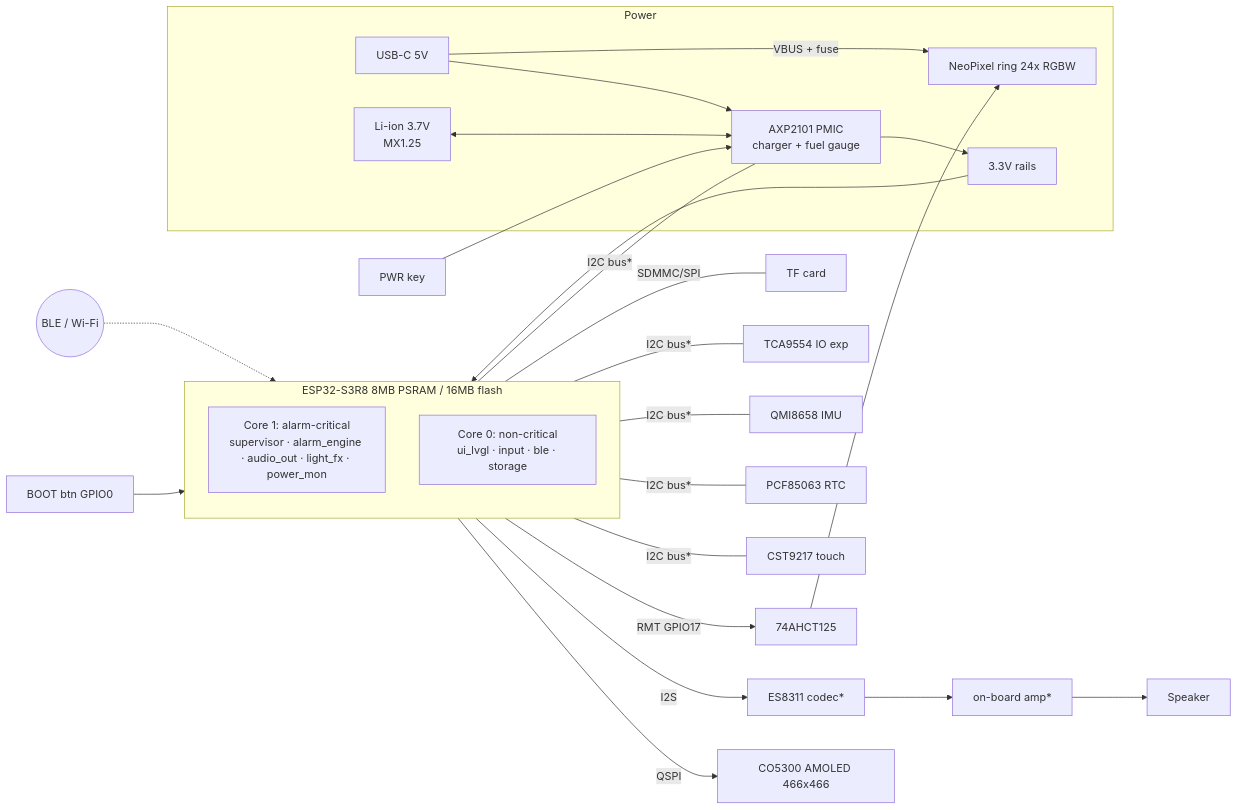
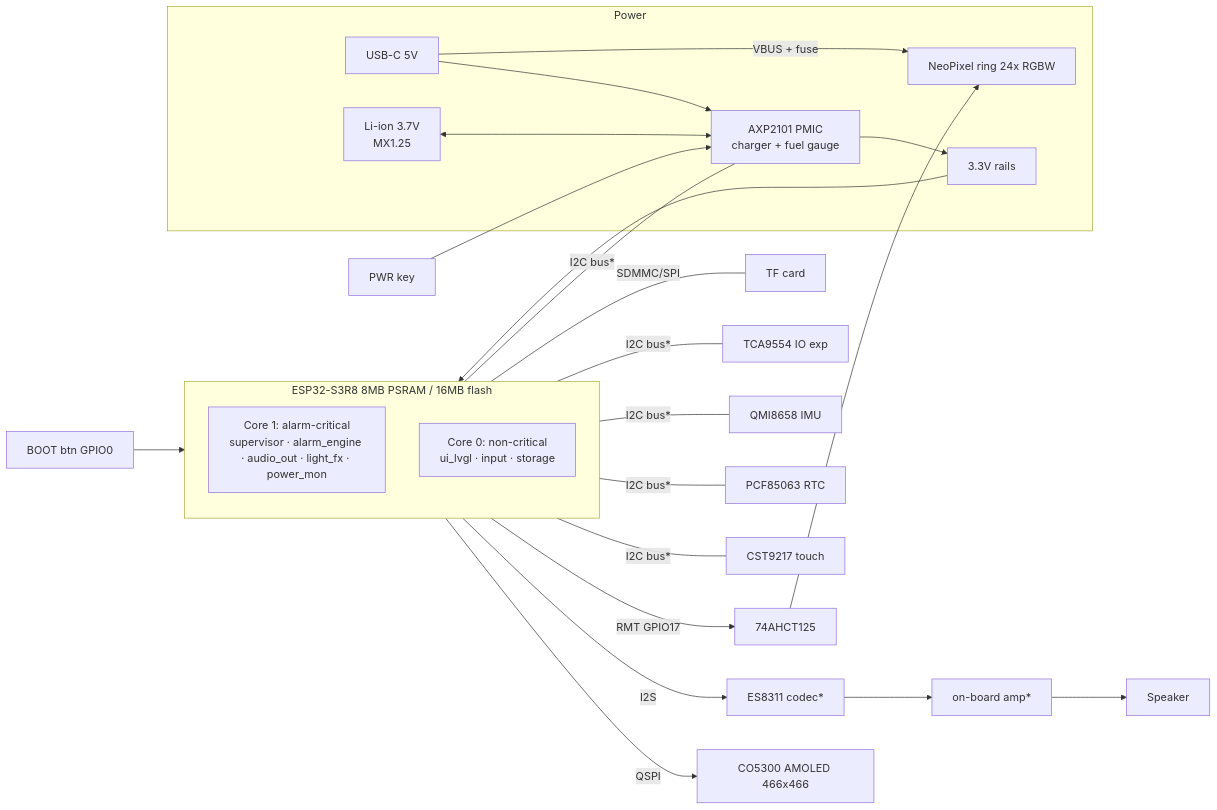
One commit to samrpat/light-alarm-clock changed the first of 2 diagrams in docs/FIRMWARE.md. Above: the diagram before and after it, drawn with Mermaid. The commit also changed other lines of this file and 14 other files, not shown here.

````diff
--- a/docs/FIRMWARE.md
+++ b/docs/FIRMWARE.md
@@ -11,28 +11,27 @@
 ```mermaid
 flowchart LR
   subgraph PWR[Power]
     USB[USB-C 5V] --> AXP[AXP2101 PMIC<br/>charger + fuel gauge]
     BAT[Li-ion 3.7V<br/>MX1.25] <--> AXP
     AXP --> V33[3.3V rails]
     USB -- VBUS + fuse --> RING
   end
 
   subgraph MCU[ESP32-S3R8  8MB PSRAM / 16MB flash]
     C1[Core 1: alarm-critical<br/>supervisor · alarm_engine · audio_out · light_fx · power_mon]
-    C0[Core 0: non-critical<br/>ui_lvgl · input · ble · storage]
+    C0[Core 0: non-critical<br/>ui_lvgl · input · storage]
   end
 
   V33 --> MCU
   MCU -- QSPI --> LCD[CO5300 AMOLED 466x466]
   MCU -- I2S --> CODEC[ES8311 codec*] --> AMP[on-board amp*] --> SPK[Speaker]
   MCU -- RMT GPIO17 --> LS[74AHCT125] --> RING[NeoPixel ring 24x RGBW]
   MCU -- I2C bus* --- TOUCH[CST9217 touch]
   MCU -- I2C bus* --- RTC[PCF85063 RTC]
   MCU -- I2C bus* --- IMU[QMI8658 IMU]
   MCU -- I2C bus* --- AXP
   MCU -- I2C bus* --- EXP[TCA9554 IO exp]
   MCU -- SDMMC/SPI --- SD[TF card]
   BOOT[BOOT btn GPIO0] --> MCU
   PWRK[PWR key] --> AXP
-  BLE((BLE / Wi-Fi)) -.-> MCU
 ```
````
